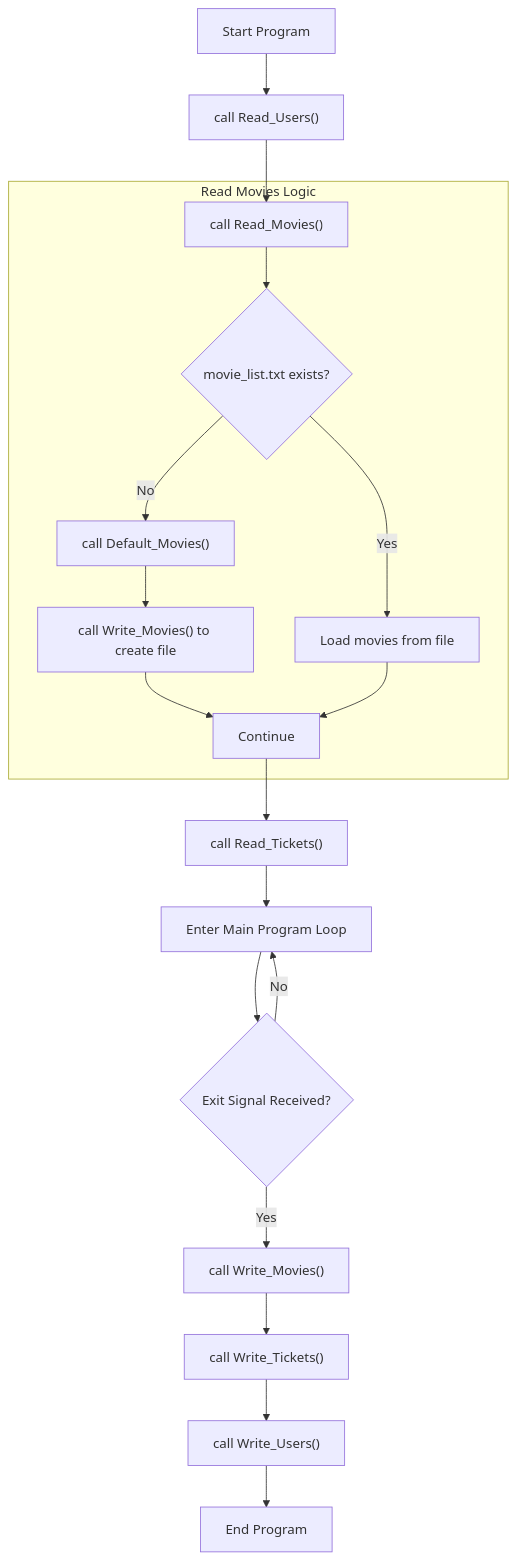
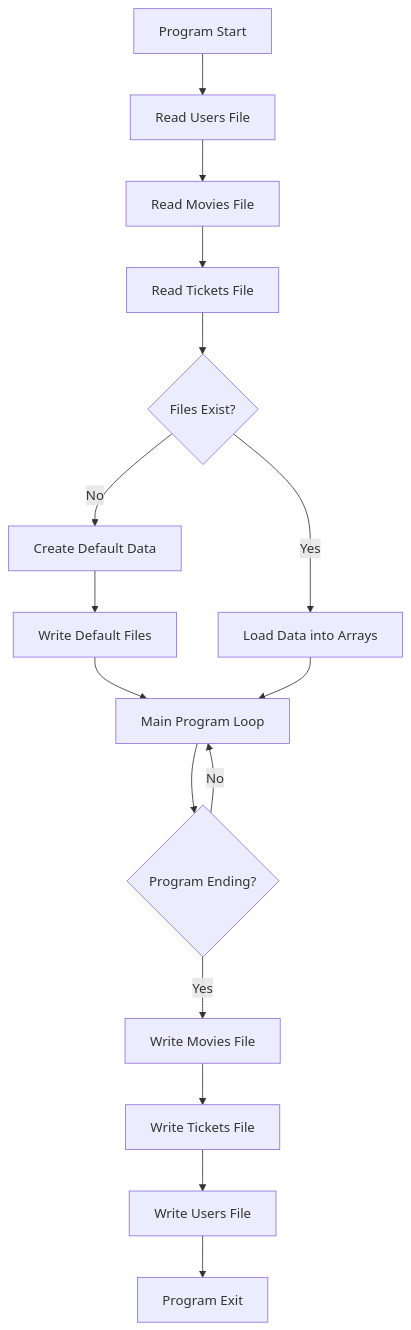
The fifth of 5 diagrams in README.md (QUENJiX/test.github.io), drawn with Mermaid before and after one commit. The commit also changed other lines of this file, not shown here.

````diff
--- a/README.md
+++ b/README.md
@@ -384,21 +525,18 @@
 ```mermaid
 graph TD
-    A["Start Program"] --> B["call Read_Users()"];
-    B --> C["call Read_Movies()"];
-    subgraph "Read Movies Logic"
-        C --> D{"movie_list.txt exists?"};
-        D -- No --> E["call Default_Movies()"];
-        E --> F["call Write_Movies() to create file"];
-        D -- Yes --> G["Load movies from file"];
-        F --> H["Continue"];
-        G --> H;
-    end
-    H --> I["call Read_Tickets()"];
-    I --> J["Enter Main Program Loop"];
-    J --> K{"Exit Signal Received?"};
-    K -- No --> J;
-    K -- Yes --> L["call Write_Movies()"];
-    L --> M["call Write_Tickets()"];
-    M --> N["call Write_Users()"];
-    N --> O["End Program"];
+    A[Program Start] --> B[Read Users File]
+    B --> C[Read Movies File]
+    C --> D[Read Tickets File]
+    D --> E{Files Exist?}
+    E -->|No| F[Create Default Data]
+    E -->|Yes| G[Load Data into Arrays]
+    F --> H[Write Default Files]
+    H --> I[Main Program Loop]
+    G --> I
+    I --> J{Program Ending?}
+    J -->|No| I
+    J -->|Yes| K[Write Movies File]
+    K --> L[Write Tickets File]
+    L --> M[Write Users File]
+    M --> N[Program Exit]
 ```
````
